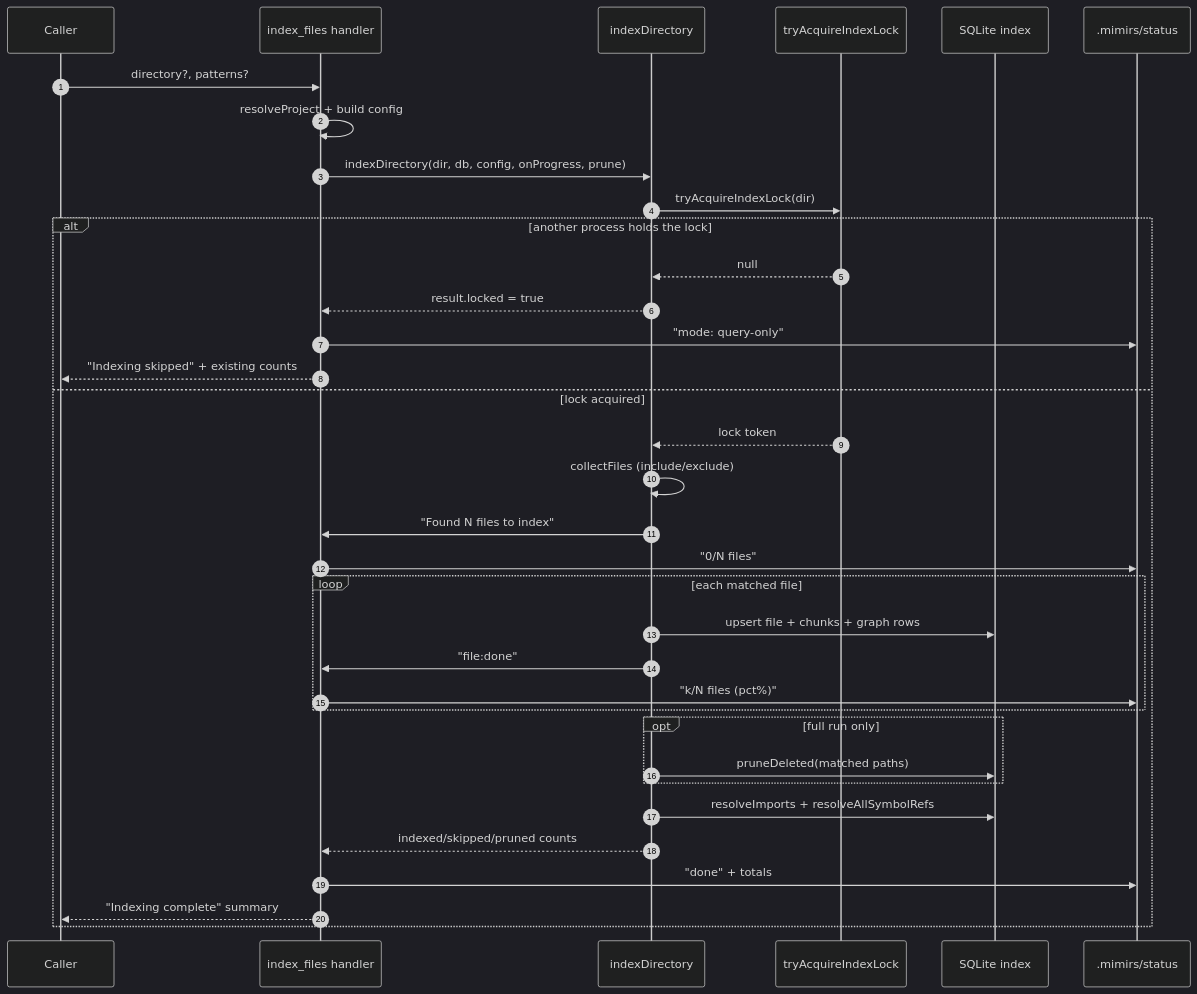
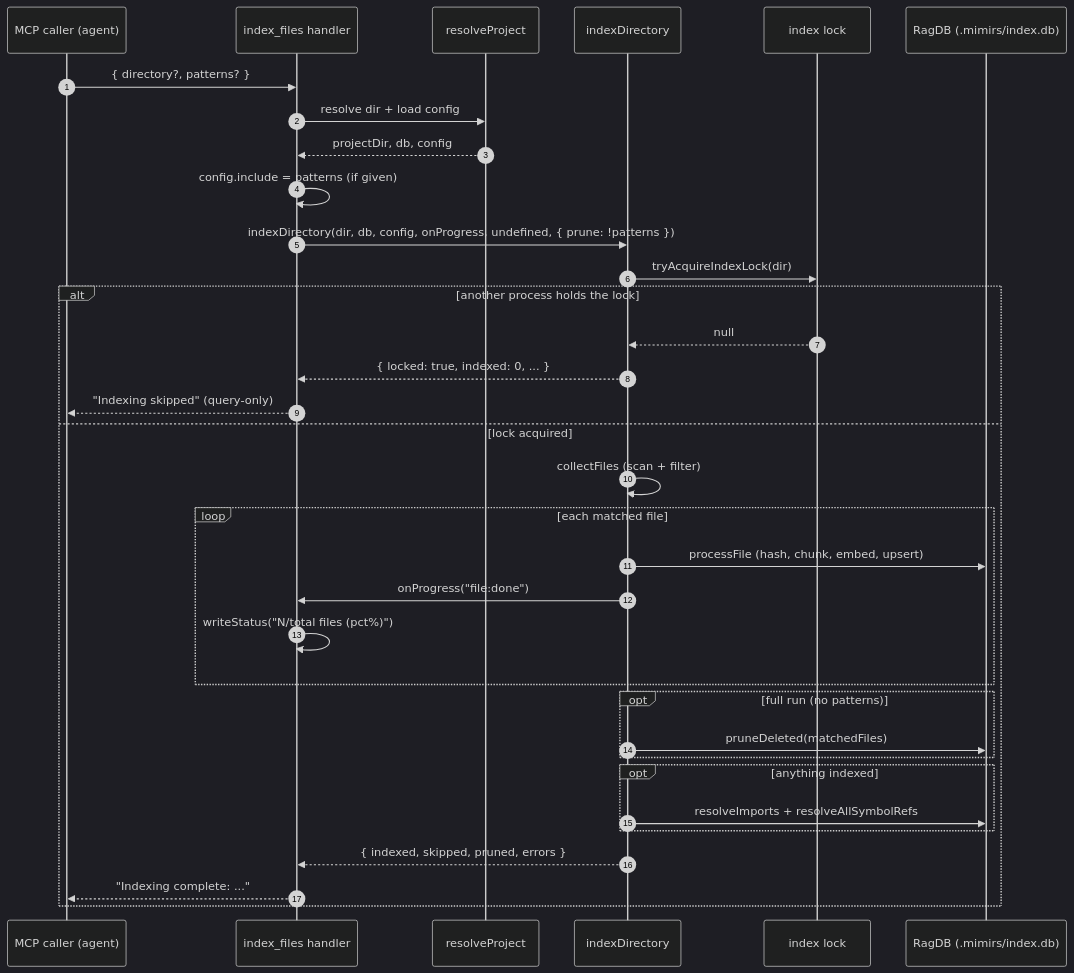
The diagram in wiki/tools/index-files.md (TheWinci/mimirs), drawn with Mermaid (dark theme) before and after one commit. The commit also changed other lines of this file and 51 other files, not shown here.

````diff
--- a/wiki/tools/index-files.md
+++ b/wiki/tools/index-files.md
@@ -11,38 +14,37 @@
 ```mermaid
 sequenceDiagram
     autonumber
-    participant Caller
-    participant Handler as index_files handler
-    participant Indexer as indexDirectory
-    participant Lock as tryAcquireIndexLock
-    participant DB as SQLite index
-    participant Status as .mimirs/status
+    participant Caller as MCP caller (agent)
+    participant Tool as index_files handler
+    participant Resolve as resolveProject
+    participant Engine as indexDirectory
+    participant Lock as index lock
+    participant DB as RagDB (.mimirs/index.db)
 
-    Caller->>Handler: directory?, patterns?
-    Handler->>Handler: resolveProject + build config
-    Handler->>Indexer: indexDirectory(dir, db, config, onProgress, prune)
-    Indexer->>Lock: tryAcquireIndexLock(dir)
+    Caller->>Tool: { directory?, patterns? }
+    Tool->>Resolve: resolve dir + load config
+    Resolve-->>Tool: projectDir, db, config
+    Tool->>Tool: config.include = patterns (if given)
+    Tool->>Engine: indexDirectory(dir, db, config, onProgress, undefined, { prune: !patterns })
+    Engine->>Lock: tryAcquireIndexLock(dir)
     alt another process holds the lock
-        Lock-->>Indexer: null
-        Indexer-->>Handler: result.locked = true
-        Handler->>Status: "mode: query-only"
-        Handler-->>Caller: "Indexing skipped" + existing counts
+        Lock-->>Engine: null
+        Engine-->>Tool: { locked: true, indexed: 0, ... }
+        Tool-->>Caller: "Indexing skipped" (query-only)
     else lock acquired
-        Lock-->>Indexer: lock token
-        Indexer->>Indexer: collectFiles (include/exclude)
-        Indexer->>Handler: "Found N files to index"
-        Handler->>Status: "0/N files"
+        Engine->>Engine: collectFiles (scan + filter)
         loop each matched file
-            Indexer->>DB: upsert file + chunks + graph rows
-            Indexer->>Handler: "file:done"
-            Handler->>Status: "k/N files (pct%)"
+            Engine->>DB: processFile (hash, chunk, embed, upsert)
+            Engine->>Tool: onProgress("file:done")
+            Tool->>Tool: writeStatus("N/total files (pct%)")
         end
-        opt full run only
-            Indexer->>DB: pruneDeleted(matched paths)
+        opt full run (no patterns)
+            Engine->>DB: pruneDeleted(matchedFiles)
         end
-        Indexer->>DB: resolveImports + resolveAllSymbolRefs
-        Indexer-->>Handler: indexed/skipped/pruned counts
-        Handler->>Status: "done" + totals
-        Handler-->>Caller: "Indexing complete" summary
+        opt anything indexed
+            Engine->>DB: resolveImports + resolveAllSymbolRefs
+        end
+        Engine-->>Tool: { indexed, skipped, pruned, errors }
+        Tool-->>Caller: "Indexing complete: ..."
     end
 ```
````
